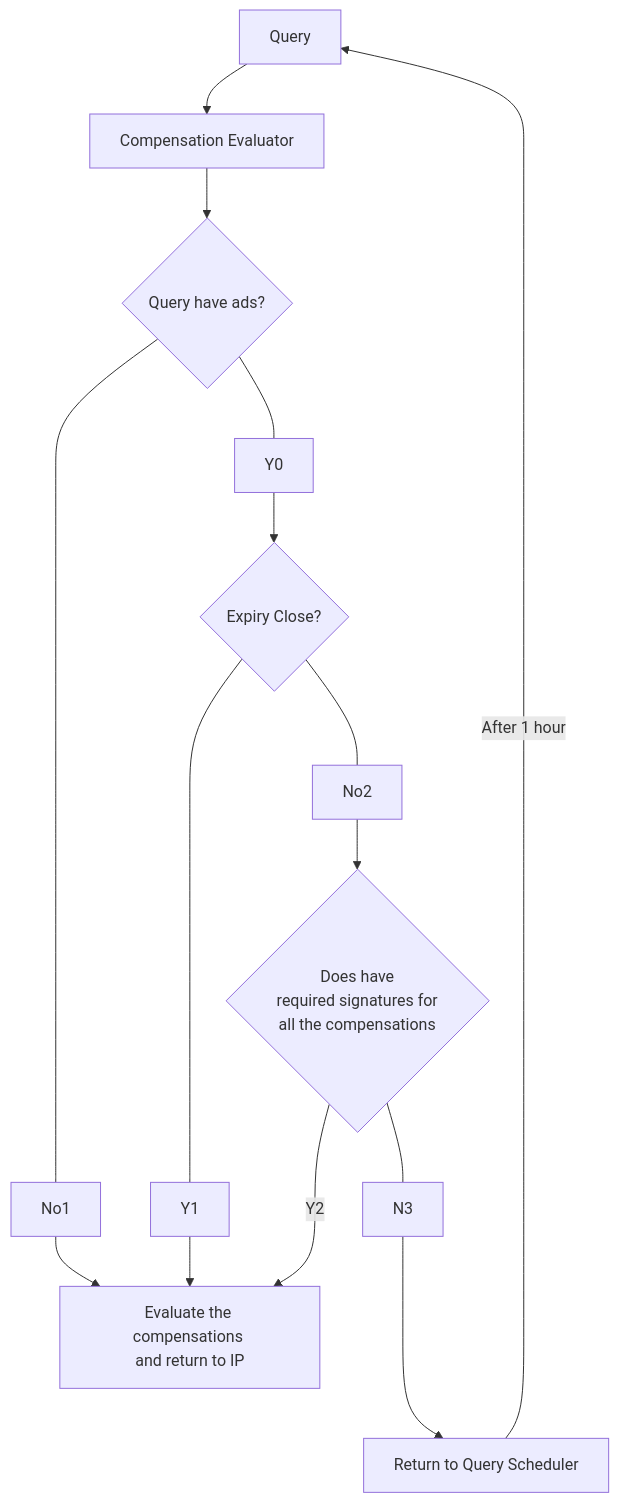
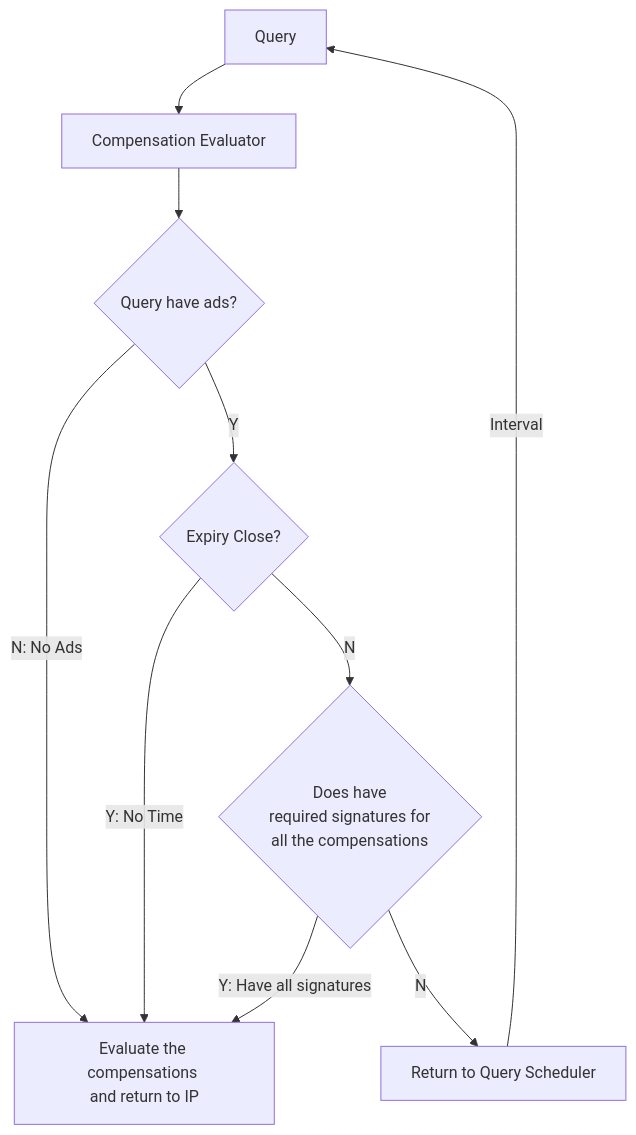
One commit to SnickerdoodleLabs/protocol changed the diagram in documentation/sdql/query-execution-flow.md. Above: the diagram before and after it, drawn with Mermaid. The commit also changed other lines of this file, not shown here.

````diff
--- a/documentation/sdql/query-execution-flow.md
+++ b/documentation/sdql/query-execution-flow.md
@@ -4,15 +4,15 @@
 ```mermaid
 flowchart TD
 Q[Query] --> Comp[Compensation Evaluator]
 
 
 Comp --> AdExists{Query have ads?}
-AdExists ---Y0--> ExpiryCheck{Expiry Close?}
-AdExists ---No1--> Eval[Evaluate the compensations \nand return to IP]
-ExpiryCheck---No2--> AdSignature{Does have \nrequired signatures for \nall the compensations}
-ExpiryCheck---Y1--> Eval
-AdSignature --Y2--->Eval
-AdSignature ---N3--->Wait[Return to Query Scheduler]
-Wait --After 1 hour--->Q
+AdExists --Y--> ExpiryCheck{Expiry Close?}
+AdExists --N: No Ads--> Eval[Evaluate the compensations \nand return to IP]
+ExpiryCheck--N--> AdSignature{Does have \nrequired signatures for \nall the compensations}
+ExpiryCheck--Y: No Time--> Eval
+AdSignature --Y: Have all signatures -->Eval
+AdSignature --N-->Wait[Return to Query Scheduler]
+Wait --Interval-->Q
 
 ```
````
